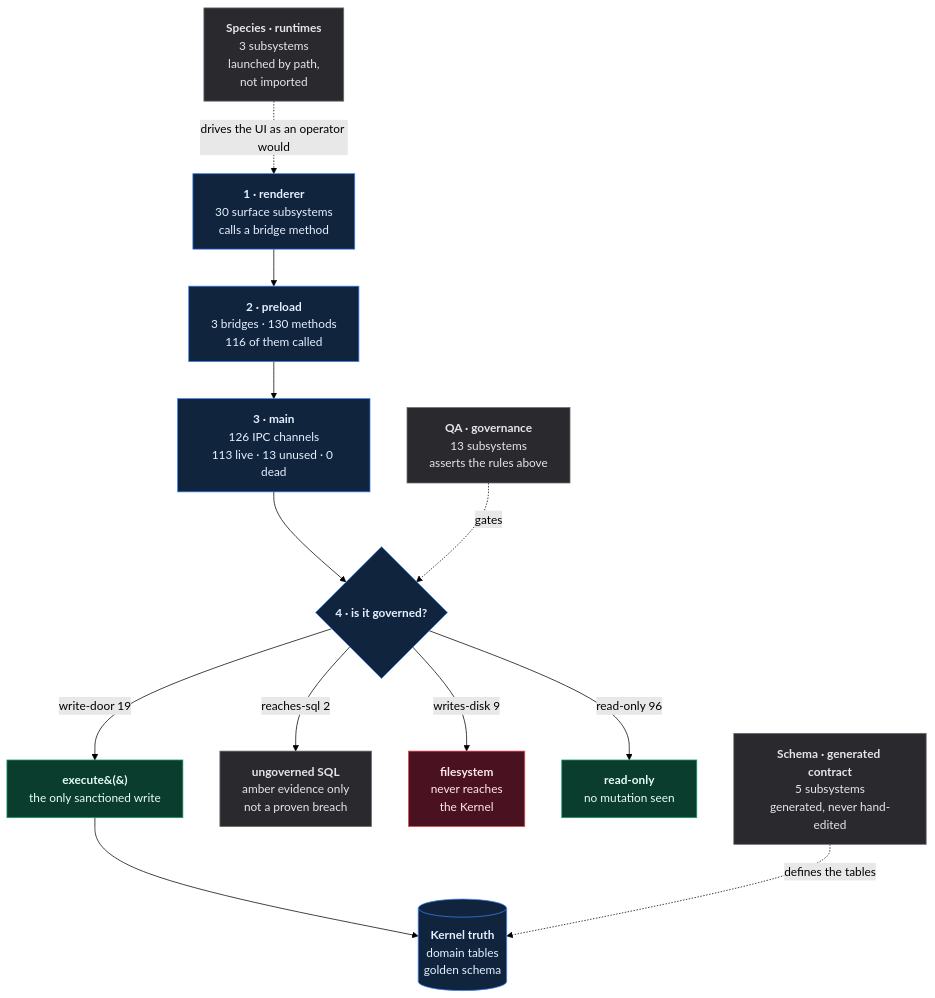
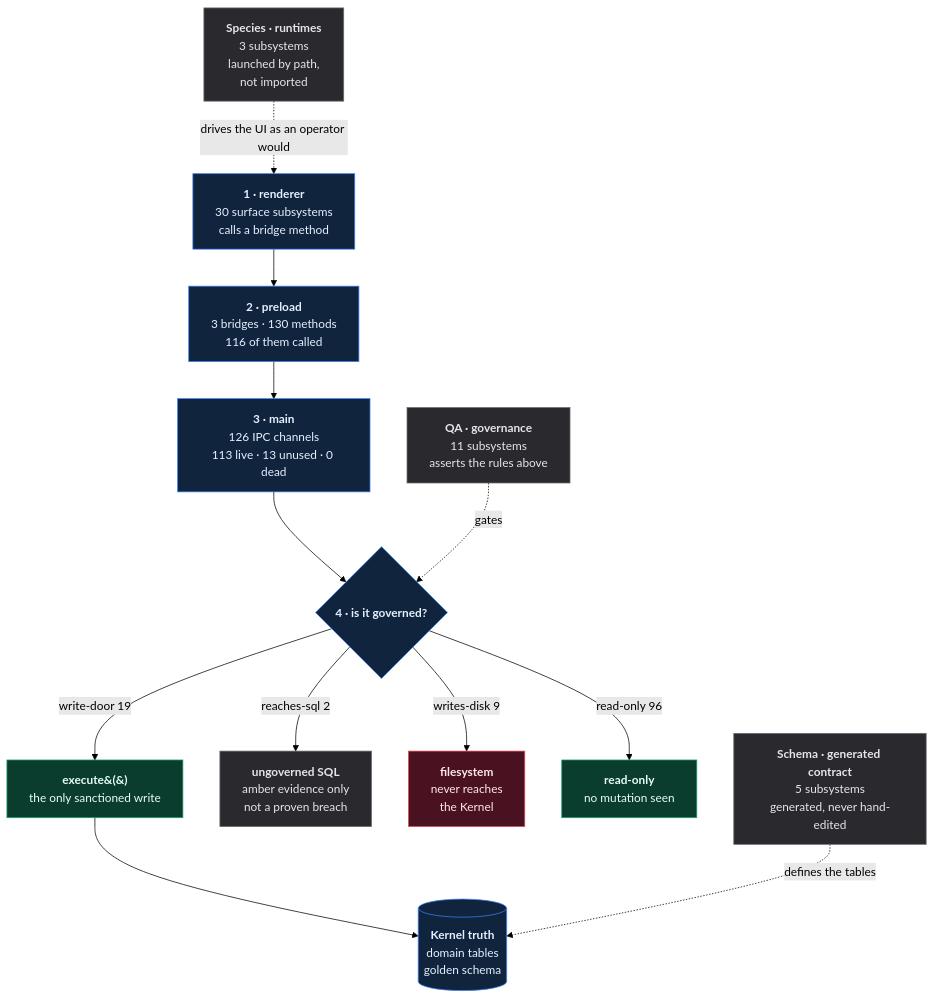
The diagram in qf-atlas/ATLAS.md (SidNig21/QuantFlow-Ontology), drawn with Mermaid (forest theme) before and after one commit. The commit also changed other lines of this file and 16 other files, not shown here.

````diff
--- a/qf-atlas/ATLAS.md
+++ b/qf-atlas/ATLAS.md
@@ -32,35 +32,35 @@
 ```mermaid
 flowchart TD
   R["<b>1 · renderer</b><br/>30 surface subsystems<br/>calls a bridge method"]
   P["<b>2 · preload</b><br/>3 bridges · 130 methods<br/>116 of them called"]
   M["<b>3 · main</b><br/>126 IPC channels<br/>113 live · 13 unused · 0 dead"]
   H{"<b>4 · is it governed?</b>"}
   E["<b>execute&#40;&#41;</b><br/>the only sanctioned write"]
   DB[("<b>Kernel truth</b><br/>domain tables<br/>golden schema")]
 
   R --> P --> M --> H
   H -->|"write-door 19"| E
   E --> DB
   A["<b>ungoverned SQL</b><br/>amber evidence only<br/>not a proven breach"]
   H -->|"reaches-sql 2"| A
   FS["<b>filesystem</b><br/>never reaches<br/>the Kernel"]
   H -->|"writes-disk 9"| FS
   RO["<b>read-only</b><br/>no mutation seen"]
   H -->|"read-only 96"| RO
 
-  QA["<b>QA · governance</b><br/>13 subsystems<br/>asserts the rules above"]
+  QA["<b>QA · governance</b><br/>11 subsystems<br/>asserts the rules above"]
   SP["<b>Species · runtimes</b><br/>3 subsystems<br/>launched by path,<br/>not imported"]
   SC["<b>Schema · generated contract</b><br/>5 subsystems<br/>generated, never hand-edited"]
   QA -.->|"gates"| H
   SC -.->|"defines the tables"| DB
   SP -.->|"drives the UI as an operator would"| R
 
   classDef good fill:#0b3d2e,stroke:#1f9d6b,color:#e8fff5
   classDef bad fill:#4a1220,stroke:#e5484d,color:#ffe8ea
   classDef gray fill:#2a2a2e,stroke:#6b6b73,color:#e6e6ea
   classDef truth fill:#10243d,stroke:#3b82f6,color:#e6f0ff
   class E,RO good
   class FS bad
   class A,QA,SP,SC gray
   class DB,R,P,M,H truth
 ```
````
